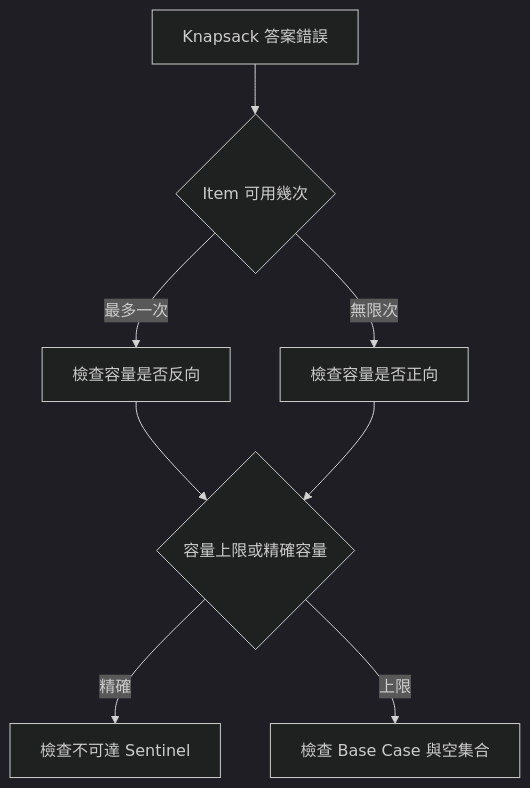
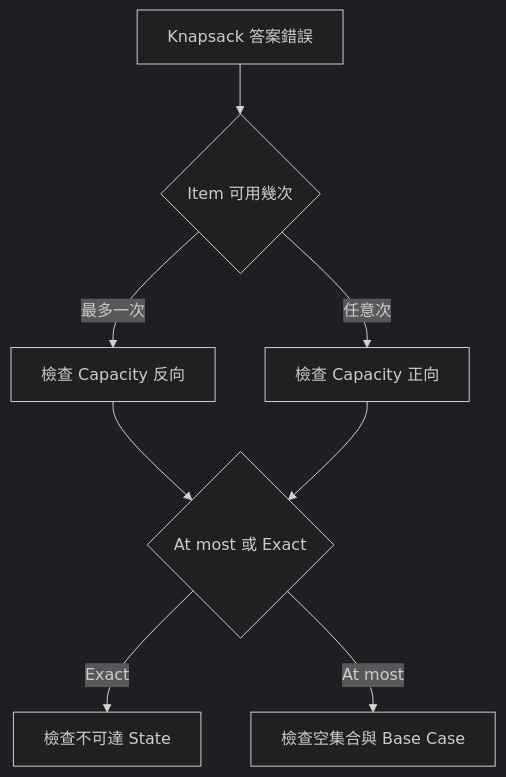
Before and after one commit to davidchen0970/algorithm_note: the second of 2 diagrams in 09_dynamic_programming/40_knapsack.md, drawn with Mermaid (dark theme). The commit also changed other lines of this file and 2 other files, not shown here.

````diff
--- a/09_dynamic_programming/40_knapsack.md
+++ b/09_dynamic_programming/40_knapsack.md
@@ -710,10 +774,10 @@
 ```mermaid
 flowchart TD
     A["Knapsack 答案錯誤"] --> B{"Item 可用幾次"}
-    B -->|最多一次| C["檢查容量是否反向"]
-    B -->|無限次| D["檢查容量是否正向"]
-    C --> E{"容量上限或精確容量"}
+    B -->|最多一次| C["檢查 Capacity 反向"]
+    B -->|任意次| D["檢查 Capacity 正向"]
+    C --> E{"At most 或 Exact"}
     D --> E
-    E -->|精確| F["檢查不可達 Sentinel"]
-    E -->|上限| G["檢查 Base Case 與空集合"]
+    E -->|Exact| F["檢查不可達 State"]
+    E -->|At most| G["檢查空集合與 Base Case"]
 ```
````
